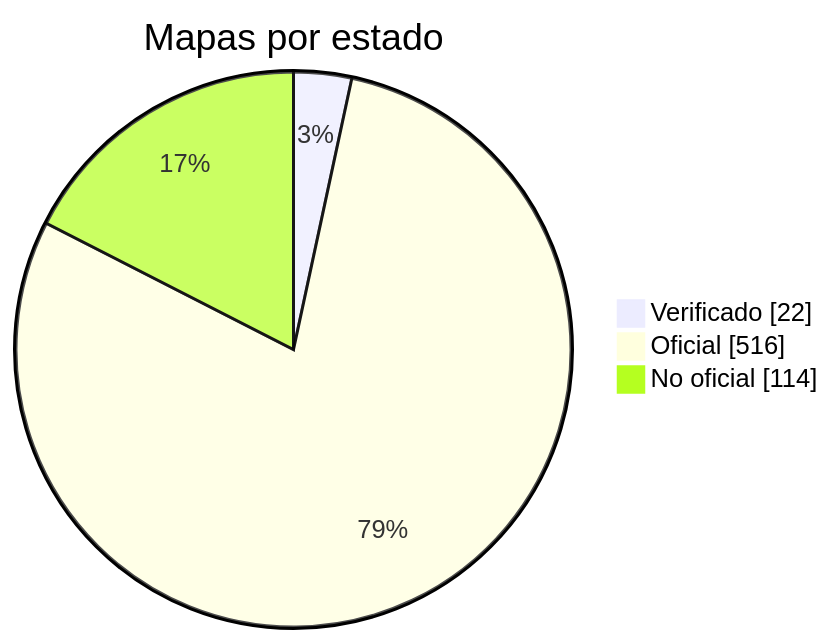
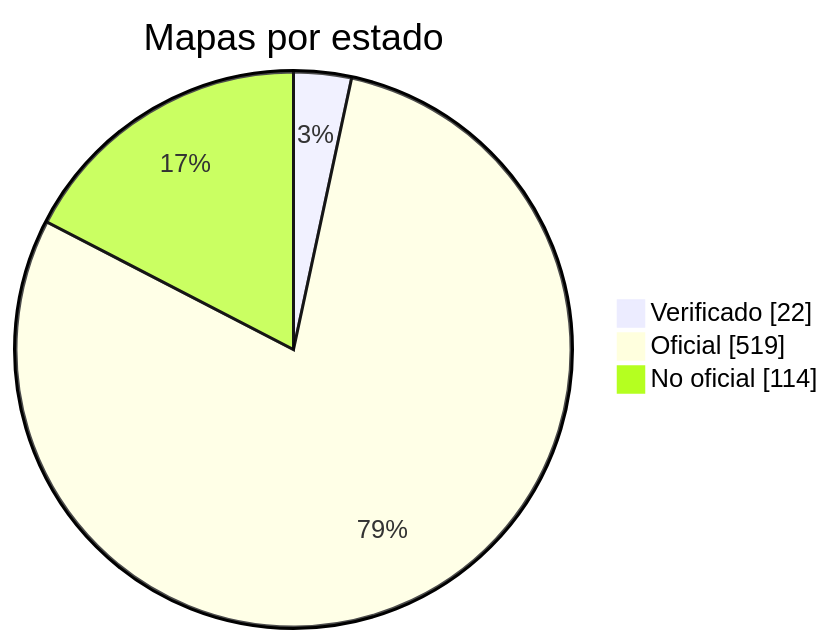
One commit to nobrega8/mbmap-library changed the diagram in docs/readme/README_ES.md. Above: the diagram before and after it, drawn with Mermaid. The commit also changed 8 other files, not shown here.

````diff
--- a/docs/readme/README_ES.md
+++ b/docs/readme/README_ES.md
@@ -54,7 +54,7 @@
 ```mermaid
 pie showData
     title Mapas por estado
     "Verificado" : 22
-    "Oficial" : 516
+    "Oficial" : 519
     "No oficial" : 114
 ```
````
